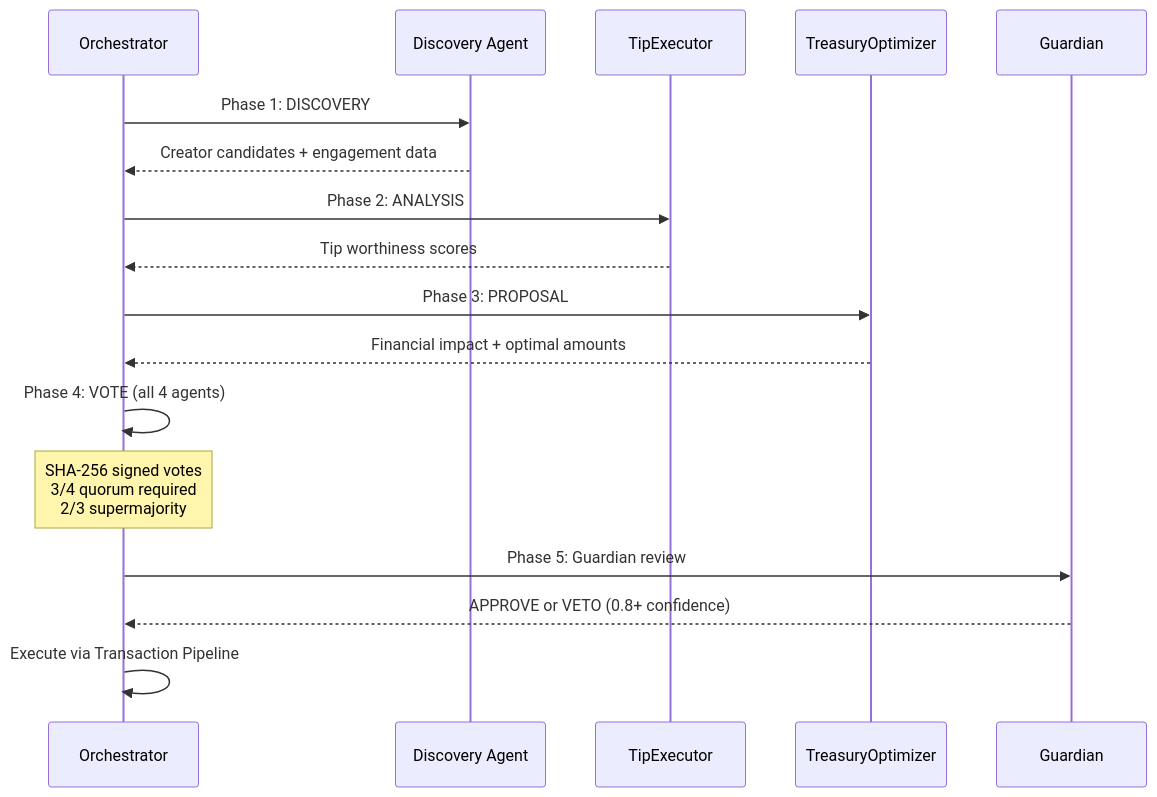
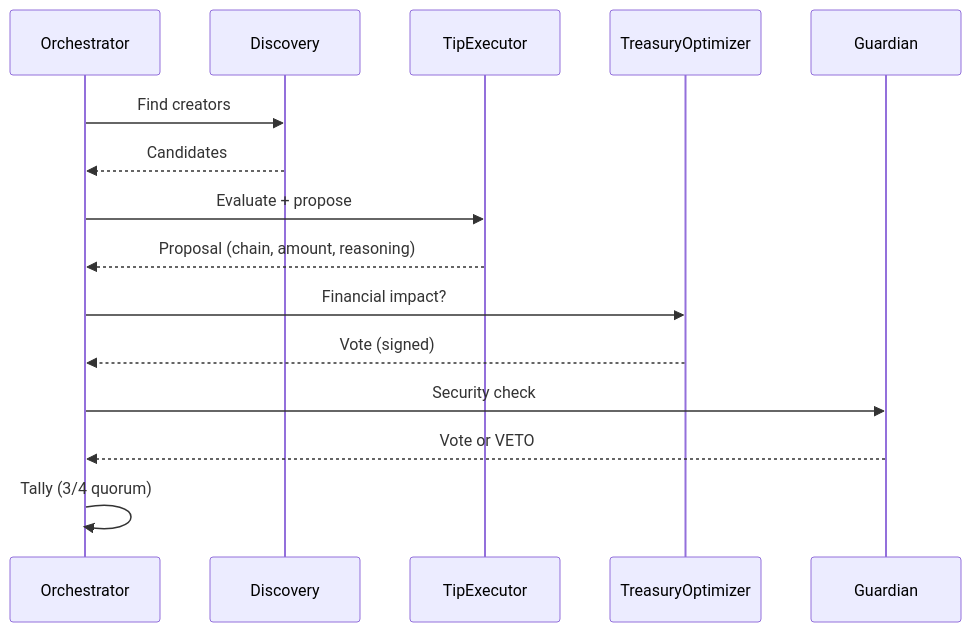
The second of 2 diagrams in README.md (agdanish/aerofyta), drawn with Mermaid before and after one commit. The commit also changed other lines of this file, not shown here.

````diff
--- a/README.md
+++ b/README.md
@@ -141,20 +153,17 @@
 ```mermaid
 sequenceDiagram
     participant O as Orchestrator
-    participant D as Discovery Agent
+    participant D as Discovery
     participant T as TipExecutor
     participant TR as TreasuryOptimizer
     participant G as Guardian
-
-    O->>D: Phase 1: DISCOVERY
-    D-->>O: Creator candidates + engagement data
-    O->>T: Phase 2: ANALYSIS
-    T-->>O: Tip worthiness scores
-    O->>TR: Phase 3: PROPOSAL
-    TR-->>O: Financial impact + optimal amounts
-    O->>O: Phase 4: VOTE (all 4 agents)
-    Note over O: SHA-256 signed votes<br/>3/4 quorum required<br/>2/3 supermajority
-    O->>G: Phase 5: Guardian review
-    G-->>O: APPROVE or VETO (0.8+ confidence)
-    O->>O: Execute via Transaction Pipeline
+    O->>D: Find creators
+    D-->>O: Candidates
+    O->>T: Evaluate + propose
+    T-->>O: Proposal (chain, amount, reasoning)
+    O->>TR: Financial impact?
+    TR-->>O: Vote (signed)
+    O->>G: Security check
+    G-->>O: Vote or VETO
+    O->>O: Tally (3/4 quorum)
 ```
````
